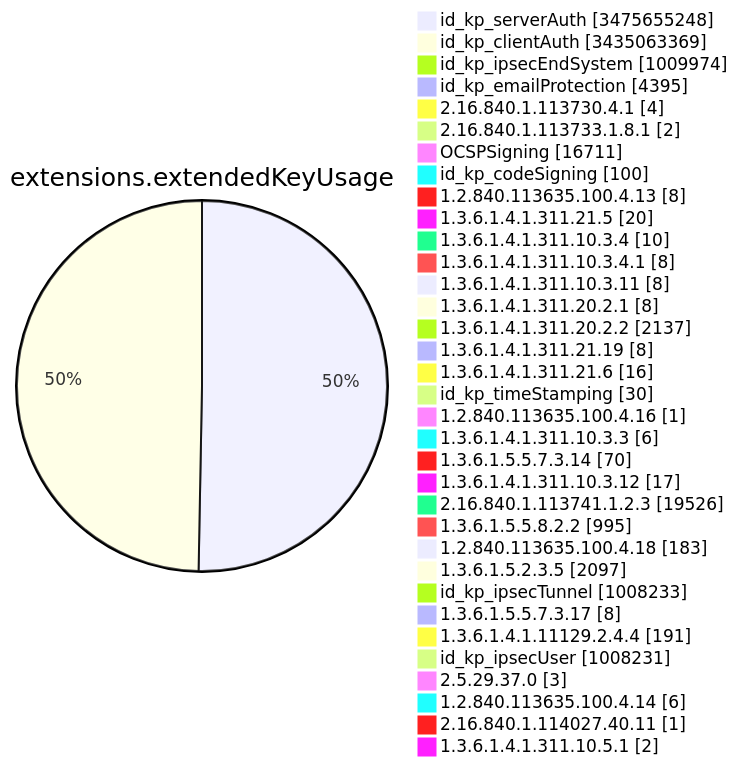
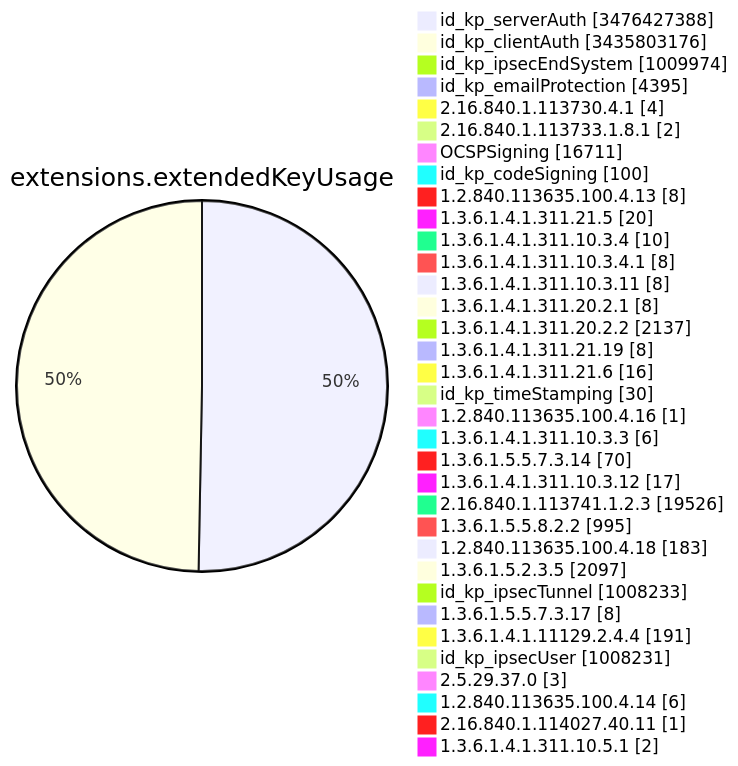
Diagram 11 of 15 in TOTAL/README.md (christiankrug/ctmonitor_visualization), drawn with Mermaid before and after one commit. The commit also changed other lines of this file, not shown here.

````diff
--- a/TOTAL/README.md
+++ b/TOTAL/README.md
@@ -4123,38 +4123,38 @@
 ```mermaid
 pie showData
 title extensions.extendedKeyUsage
-"id_kp_serverAuth" :3475655248
-"id_kp_clientAuth" :3435063369
+"id_kp_serverAuth" :3476427388
+"id_kp_clientAuth" :3435803176
 "id_kp_ipsecEndSystem" :1009974
 "id_kp_emailProtection" :4395
 "2.16.840.1.113730.4.1" :4
 "2.16.840.1.113733.1.8.1" :2
 "OCSPSigning" :16711
 "id_kp_codeSigning" :100
 "1.2.840.113635.100.4.13" :8
 "1.3.6.1.4.1.311.21.5" :20
 "1.3.6.1.4.1.311.10.3.4" :10
 "1.3.6.1.4.1.311.10.3.4.1" :8
 "1.3.6.1.4.1.311.10.3.11" :8
 "1.3.6.1.4.1.311.20.2.1" :8
 "1.3.6.1.4.1.311.20.2.2" :2137
 "1.3.6.1.4.1.311.21.19" :8
 "1.3.6.1.4.1.311.21.6" :16
 "id_kp_timeStamping" :30
 "1.2.840.113635.100.4.16" :1
 "1.3.6.1.4.1.311.10.3.3" :6
 "1.3.6.1.5.5.7.3.14" :70
 "1.3.6.1.4.1.311.10.3.12" :17
 "2.16.840.1.113741.1.2.3" :19526
 "1.3.6.1.5.5.8.2.2" :995
 "1.2.840.113635.100.4.18" :183
 "1.3.6.1.5.2.3.5" :2097
 "id_kp_ipsecTunnel" :1008233
 "1.3.6.1.5.5.7.3.17" :8
 "1.3.6.1.4.1.11129.2.4.4" :191
 "id_kp_ipsecUser" :1008231
 "2.5.29.37.0" :3
 "1.2.840.113635.100.4.14" :6
 "2.16.840.1.114027.40.11" :1
 "1.3.6.1.4.1.311.10.5.1" :2
 ```
````
